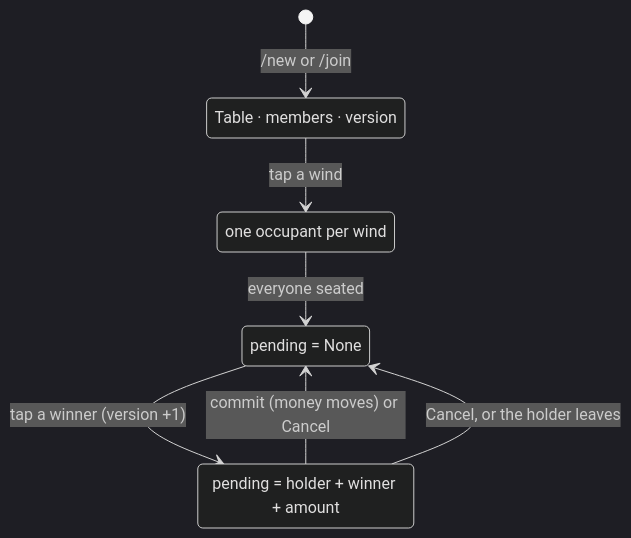
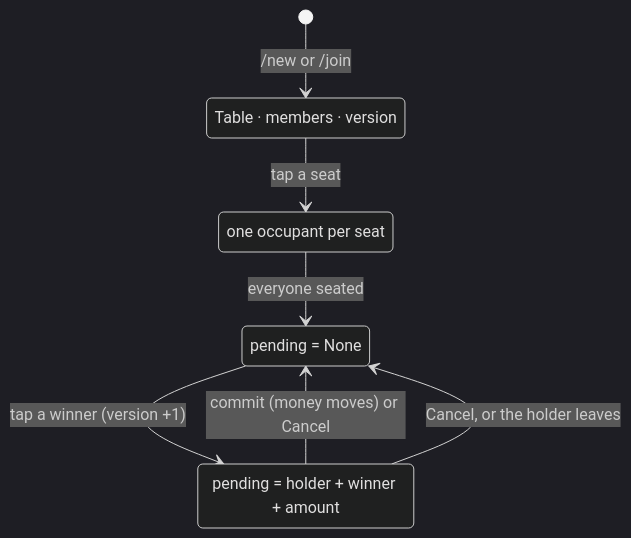
Before and after one commit to jonkoong/SGMahjongCalcTele: the third of 7 diagrams in docs/flow.md, drawn with Mermaid (dark theme). The commit also changed other lines of this file and 23 other files, not shown here.

````diff
--- a/docs/flow.md
+++ b/docs/flow.md
@@ -120,13 +129,13 @@
 ```mermaid
 stateDiagram-v2
     [*] --> OPEN: /new or /join
     OPEN: Table · members · version
-    SEATED: one occupant per wind
+    SEATED: one occupant per seat
     IDLE: pending = None
     DRAFT: pending = holder + winner + amount
-    OPEN --> SEATED: tap a wind
+    OPEN --> SEATED: tap a seat
     SEATED --> IDLE: everyone seated
     IDLE --> DRAFT: tap a winner (version +1)
     DRAFT --> IDLE: commit (money moves) or Cancel
     DRAFT --> IDLE: Cancel, or the holder leaves
 ```
````
